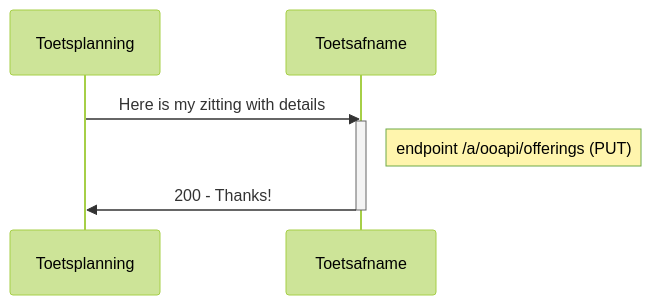
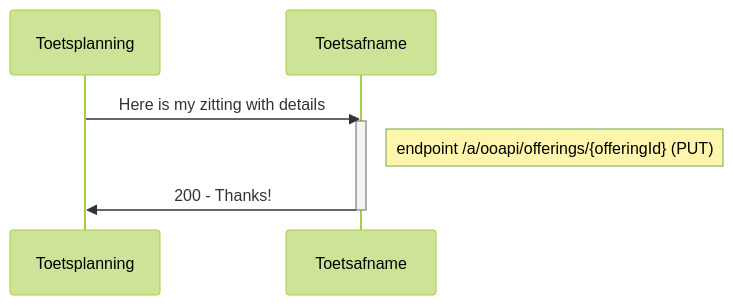
One commit to NetwerkExamineringDigitalisering/NED-OOAPI changed the first of 8 diagrams in doc/flow2.md. Above: the diagram before and after it, drawn with Mermaid (forest theme). The commit also changed other lines of this file, not shown here.

First line of the commit message:
Update flow2.md

````diff
--- a/doc/flow2.md
+++ b/doc/flow2.md
@@ -11,8 +11,8 @@
 ```mermaid
 sequenceDiagram
     Toetsplanning->>Toetsafname: Here is my zitting with details
     activate Toetsafname
-    Note right of Toetsafname: endpoint /a/ooapi/offerings (PUT)
+    Note right of Toetsafname: endpoint /a/ooapi/offerings/{offeringId} (PUT)
     Toetsafname->>Toetsplanning: 200 - Thanks!
     deactivate Toetsafname
 ```
````
